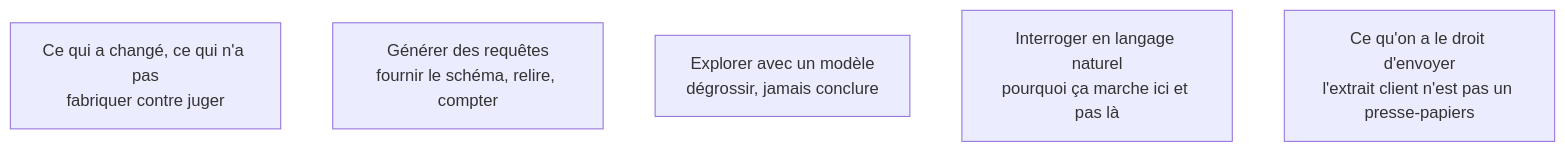
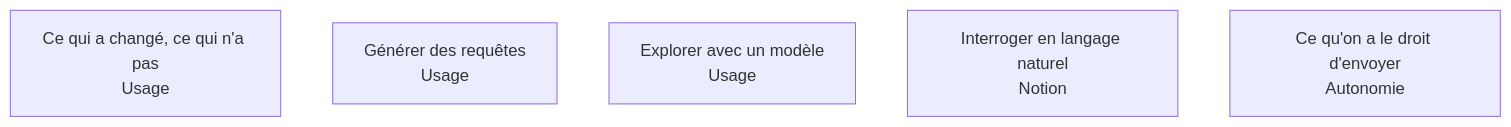
One commit to floSa/Atlas-Metiers-Roadmaps changed the diagram in content/parcours/data-analyst/ia-generative/index.md. Above: the diagram before and after it, drawn with Mermaid. The commit also changed 20 other files, not shown here.

````diff
--- a/content/parcours/data-analyst/ia-generative/index.md
+++ b/content/parcours/data-analyst/ia-generative/index.md
@@ -11,14 +11,14 @@
 ```mermaid
 flowchart TD
-  C["Ce qui a changé, ce qui n'a pas<br/>fabriquer contre juger"]
-  R["Générer des requêtes<br/>fournir le schéma, relire, compter"]
-  E["Explorer avec un modèle<br/>dégrossir, jamais conclure"]
-  N["Interroger en langage naturel<br/>pourquoi ça marche ici et pas là"]
-  P["Ce qu'on a le droit d'envoyer<br/>l'extrait client n'est pas un presse-papiers"]
+  C["Ce qui a changé, ce qui n'a pas<br/>Usage"]
+  R["Générer des requêtes<br/>Usage"]
+  E["Explorer avec un modèle<br/>Usage"]
+  N["Interroger en langage naturel<br/>Notion"]
+  P["Ce qu'on a le droit d'envoyer<br/>Autonomie"]
 
   click C "/parcours/data-analyst/ia-generative/ce-qui-a-change"
   click R "/parcours/data-analyst/ia-generative/generer-des-requetes"
   click E "/parcours/data-analyst/ia-generative/explorer-avec-un-modele"
   click N "/parcours/data-analyst/ia-generative/interroger-en-langage-naturel"
   click P "/parcours/data-analyst/ia-generative/ce-qu-on-a-le-droit-d-envoyer"
 ```
````
